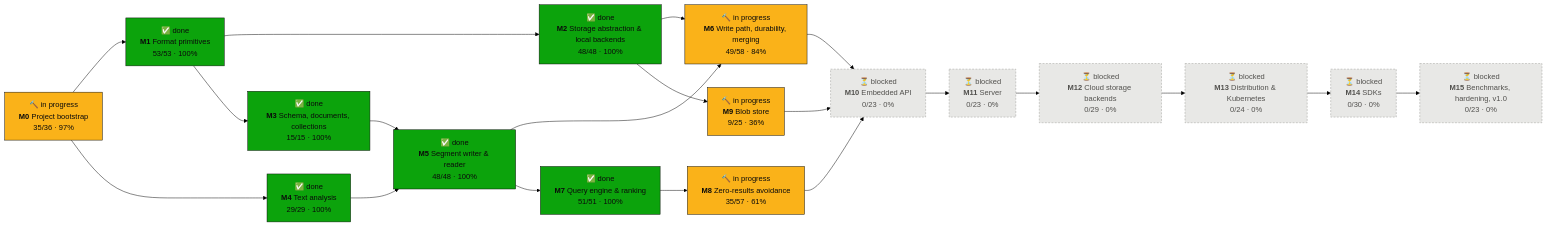
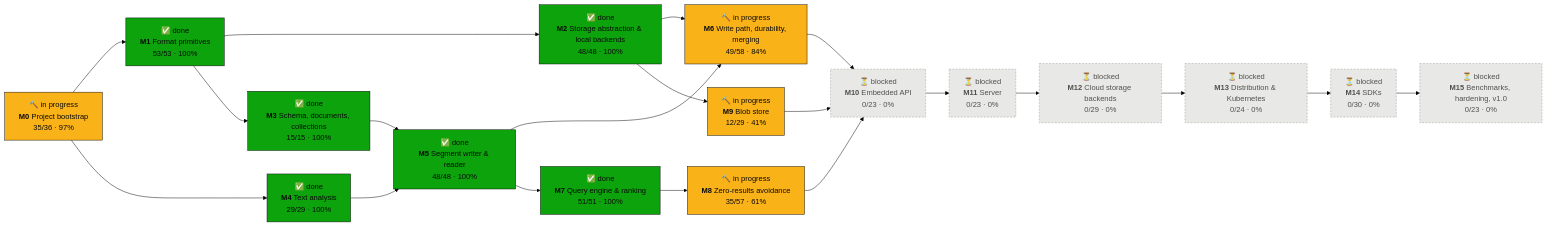
Before and after one commit to tomiok/persiaDB: the first of 2 diagrams in PROGRESS.md, drawn with Mermaid (forest theme). The commit also changed other lines of this file and 4 other files, not shown here.

First line of the commit message:
chore: rebase on #104: ADR-0050 accepted, ADR-0051 proposed, progress (ROADMAP 9.4)

````diff
--- a/PROGRESS.md
+++ b/PROGRESS.md
@@ -16,42 +16,42 @@
 ```mermaid
 flowchart LR
   M0["🔨 in progress<br/><b>M0</b> Project bootstrap<br/>35/36 · 97%"]:::doing
   M1["✅ done<br/><b>M1</b> Format primitives<br/>53/53 · 100%"]:::done
   M2["✅ done<br/><b>M2</b> Storage abstraction & local backends<br/>48/48 · 100%"]:::done
   M3["✅ done<br/><b>M3</b> Schema, documents, collections<br/>15/15 · 100%"]:::done
   M4["✅ done<br/><b>M4</b> Text analysis<br/>29/29 · 100%"]:::done
   M5["✅ done<br/><b>M5</b> Segment writer & reader<br/>48/48 · 100%"]:::done
   M6["🔨 in progress<br/><b>M6</b> Write path, durability, merging<br/>49/58 · 84%"]:::doing
   M7["✅ done<br/><b>M7</b> Query engine & ranking<br/>51/51 · 100%"]:::done
   M8["🔨 in progress<br/><b>M8</b> Zero-results avoidance<br/>35/57 · 61%"]:::doing
-  M9["🔨 in progress<br/><b>M9</b> Blob store<br/>9/25 · 36%"]:::doing
+  M9["🔨 in progress<br/><b>M9</b> Blob store<br/>12/29 · 41%"]:::doing
   M10["⏳ blocked<br/><b>M10</b> Embedded API<br/>0/23 · 0%"]:::blocked
   M11["⏳ blocked<br/><b>M11</b> Server<br/>0/23 · 0%"]:::blocked
   M12["⏳ blocked<br/><b>M12</b> Cloud storage backends<br/>0/29 · 0%"]:::blocked
   M13["⏳ blocked<br/><b>M13</b> Distribution & Kubernetes<br/>0/24 · 0%"]:::blocked
   M14["⏳ blocked<br/><b>M14</b> SDKs<br/>0/30 · 0%"]:::blocked
   M15["⏳ blocked<br/><b>M15</b> Benchmarks, hardening, v1.0<br/>0/23 · 0%"]:::blocked
   M0 --> M1
   M1 --> M2
   M1 --> M3
   M0 --> M4
   M3 --> M5
   M4 --> M5
   M2 --> M6
   M5 --> M6
   M5 --> M7
   M7 --> M8
   M2 --> M9
   M6 --> M10
   M8 --> M10
   M9 --> M10
   M10 --> M11
   M11 --> M12
   M12 --> M13
   M13 --> M14
   M14 --> M15
   classDef done fill:#0ca30c,stroke:#0b0b0b,color:#0b0b0b
   classDef doing fill:#fab219,stroke:#0b0b0b,color:#0b0b0b
   classDef ready fill:#fcfcfb,stroke:#0b0b0b,stroke-width:2px,color:#0b0b0b
   classDef blocked fill:#e8e8e6,stroke:#9a9a96,stroke-dasharray:4 3,color:#52514e
 ```
````
